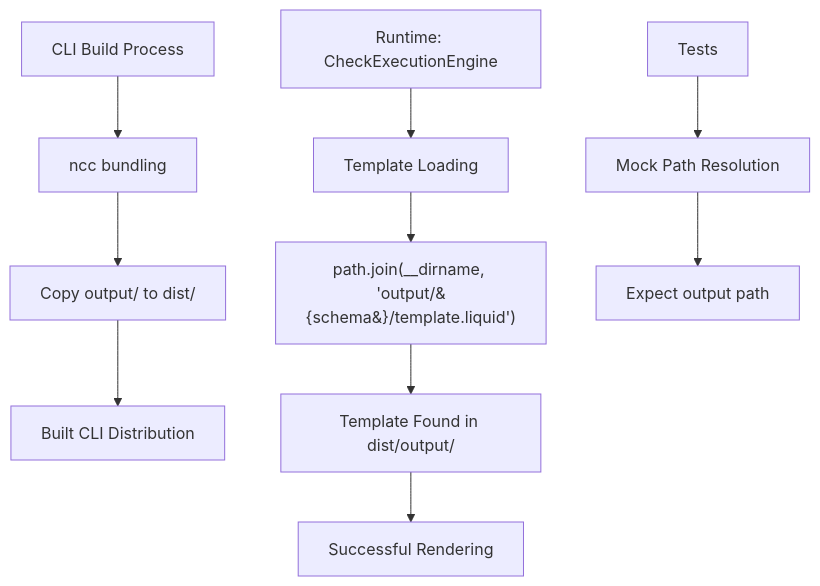
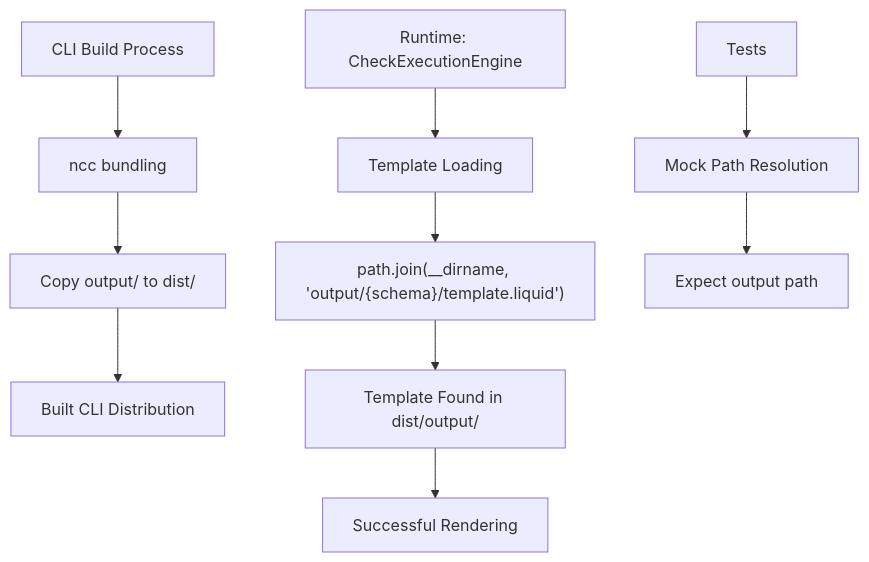
One commit to probelabs/mermaid-lint changed diagram 25 of 57 in test-fixtures/flowchart/INVALID_DIAGRAMS.md. Above: the diagram before and after it, drawn with Mermaid. The commit also changed 1 other file, not shown here.

Commit message:
fix(flowchart/autofix): avoid stray ampersands by not encoding curly braces when wrapping labels; only encode parens+quotes for parallelogram/trapezoid\n\n- Non-parallelogram: wrap + encode only inner " to &quot;\n- Parallelogram/trapezoid: encode ( ) and "; leave { } and ' intact\n- Regenerate previews

````diff
--- a/test-fixtures/flowchart/INVALID_DIAGRAMS.md
+++ b/test-fixtures/flowchart/INVALID_DIAGRAMS.md
@@ -2087,15 +2087,15 @@
 ```mermaid
 graph TD
     A[CLI Build Process] --> B[ncc bundling]
     B --> C[Copy output/ to dist/]
     C --> D[Built CLI Distribution]
 
     E[Runtime: CheckExecutionEngine] --> F[Template Loading]
-    F --> G["path.join(__dirname, 'output/&#123;schema&#125;/template.liquid')"]
+    F --> G["path.join(__dirname, 'output/{schema}/template.liquid')"]
     G --> H[Template Found in dist/output/]
     H --> I[Successful Rendering]
 
     J[Tests] --> K[Mock Path Resolution]
     K --> L[Expect output path]
 
 ```
````
